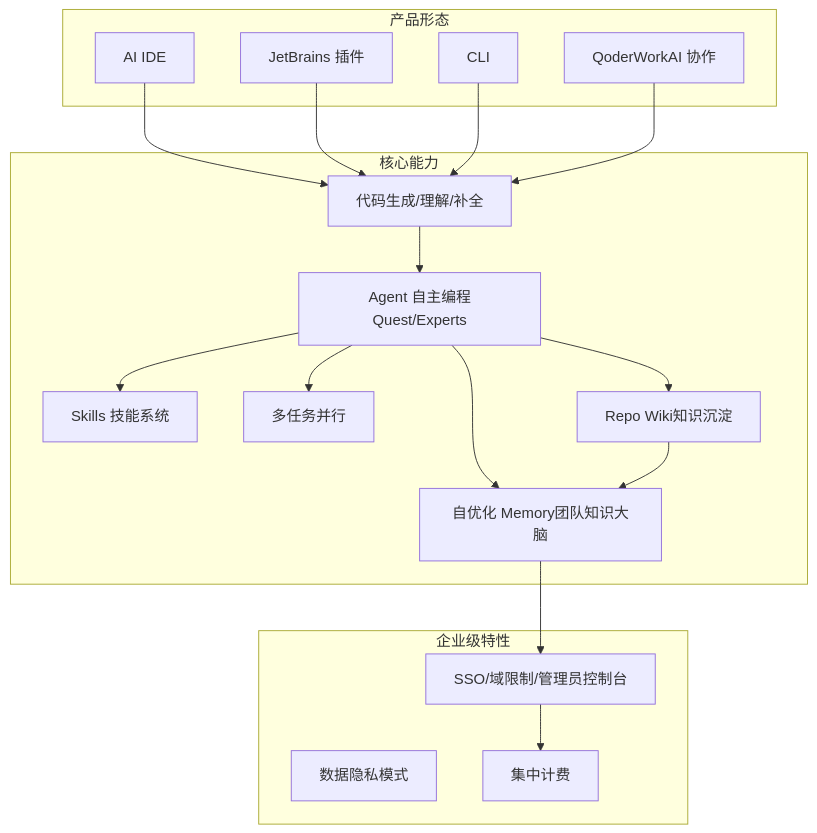
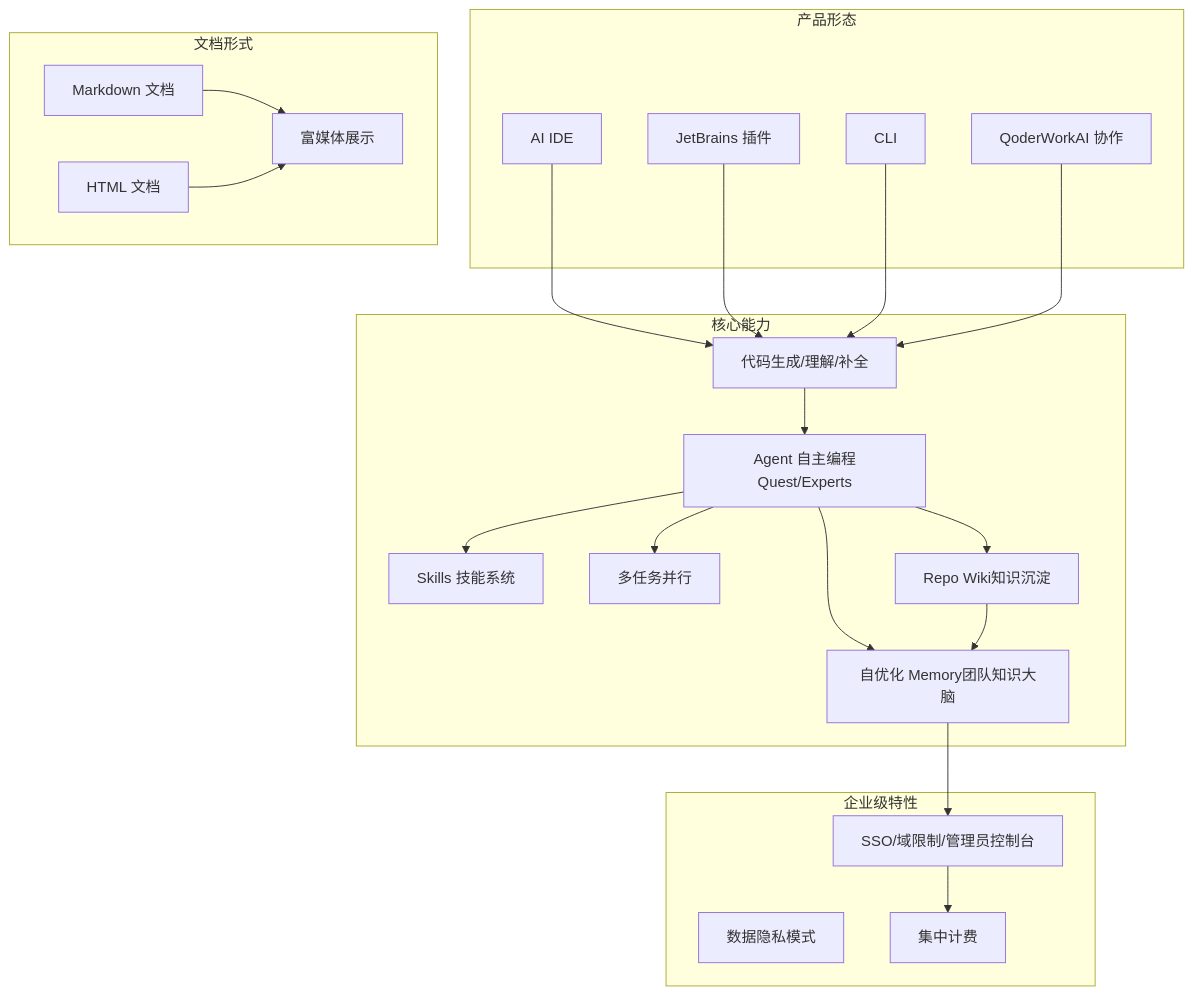
The second of 6 diagrams in .qoder/repowiki/zh/content/知识库组织结构/厂商知识库/阿里云知识库/AI Coding（Qoder）.md (EthanNiWorld/AI-Native-SA-2026), drawn with Mermaid before and after one commit. The commit also changed other lines of this file and 7 other files, not shown here.

````diff
--- a/.qoder/repowiki/zh/content/知识库组织结构/厂商知识库/阿里云知识库/AI Coding（Qoder）.md
+++ b/.qoder/repowiki/zh/content/知识库组织结构/厂商知识库/阿里云知识库/AI Coding（Qoder）.md
@@ -82,34 +99,41 @@
 ```mermaid
 graph TB
 subgraph "产品形态"
 IDE["AI IDE"]
 Plugin["JetBrains 插件"]
 CLI["CLI"]
 Work["QoderWorkAI 协作"]
 end
 subgraph "核心能力"
 CM["代码生成/理解/补全"]
 AM["Agent 自主编程Quest/Experts"]
 SK["Skills 技能系统"]
 MT["多任务并行"]
 RW["Repo Wiki知识沉淀"]
 ME["自优化 Memory团队知识大脑"]
 end
 subgraph "企业级特性"
 SSO["SSO/域限制/管理员控制台"]
 PRIV["数据隐私模式"]
 BILL["集中计费"]
 end
+subgraph "文档形式"
+MD["Markdown 文档"]
+HTML["HTML 文档"]
+END["富媒体展示"]
+end
 IDE --> CM
 Plugin --> CM
 CLI --> CM
 Work --> CM
 CM --> AM
 AM --> SK
 AM --> MT
 AM --> RW
 AM --> ME
 RW --> ME
 ME --> SSO
 SSO --> BILL
+MD --> END
+HTML --> END
 ```
````
